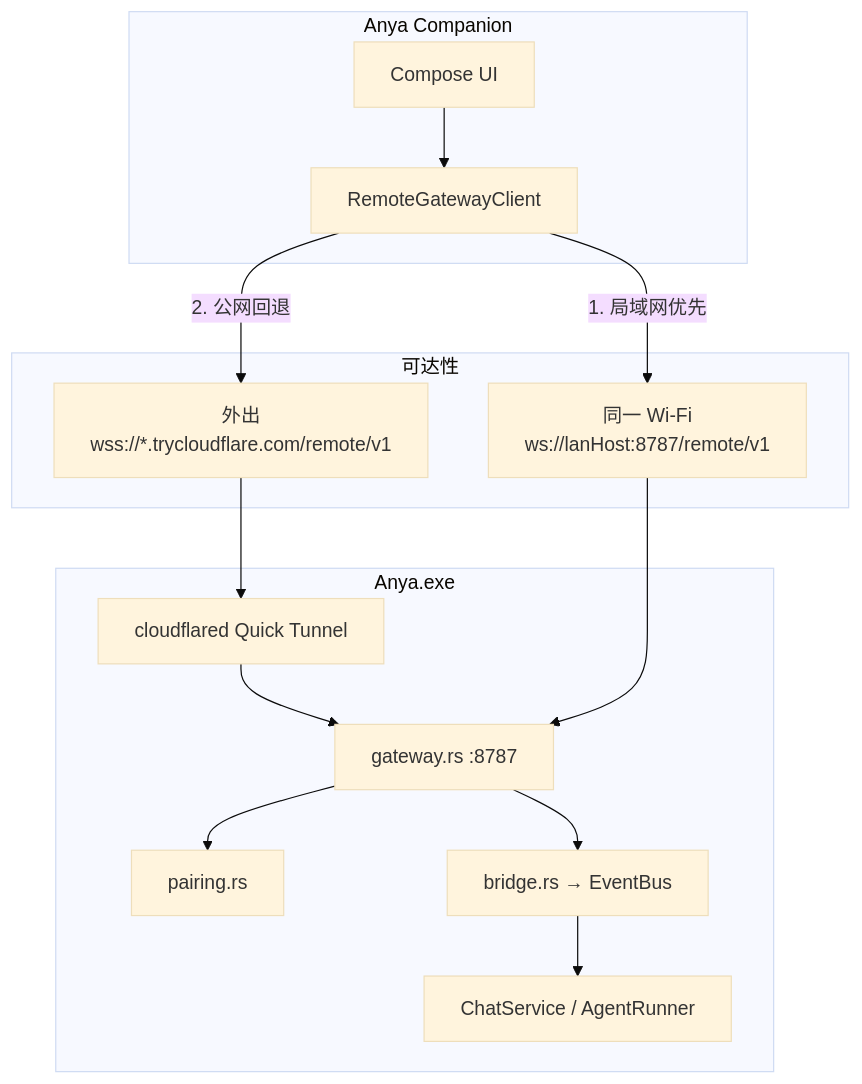
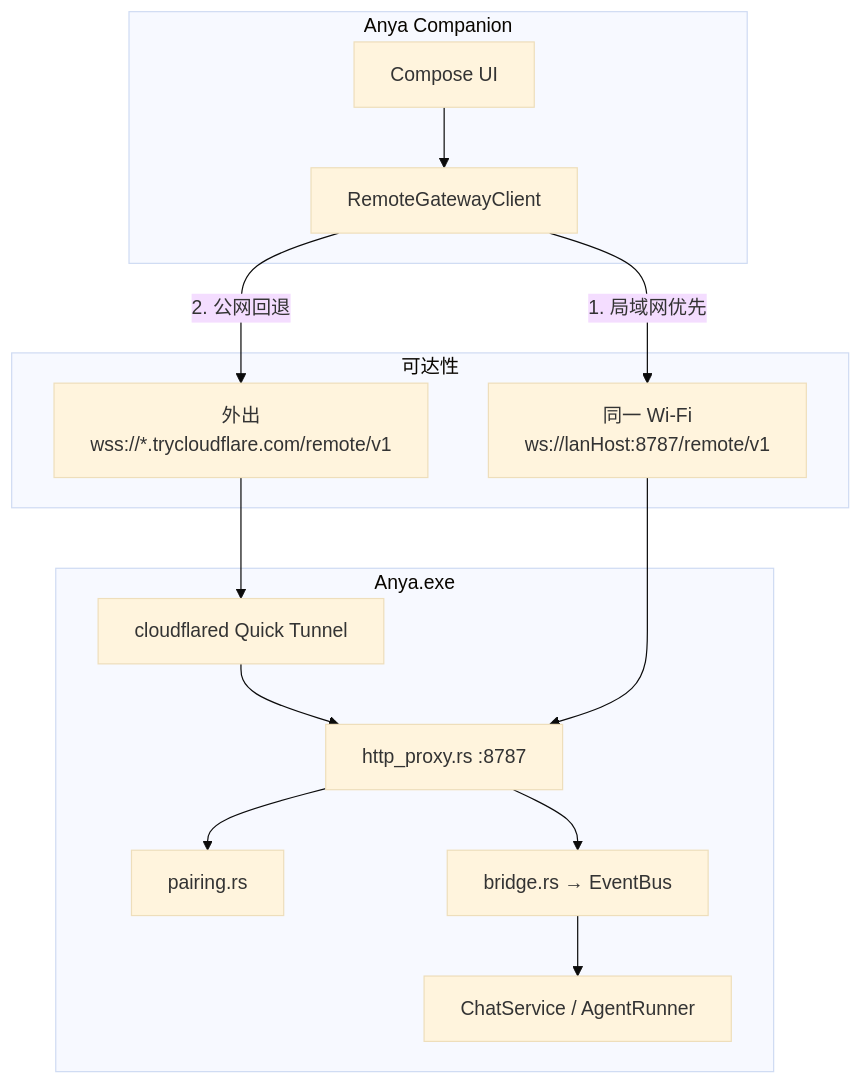
One commit to rururunu/Anya changed the fourth of 18 diagrams in docs/architecture-overview.zh-CN.md. Above: the diagram before and after it, drawn with Mermaid (base theme). The commit also changed other lines of this file and 86 other files, not shown here.

````diff
--- a/docs/architecture-overview.zh-CN.md
+++ b/docs/architecture-overview.zh-CN.md
@@ -189,28 +190,28 @@
 ```mermaid
 flowchart TB
   subgraph Phone["Anya Companion"]
     UI[Compose UI]
     Client[RemoteGatewayClient]
     UI --> Client
   end
 
   subgraph Path["可达性"]
     LAN["同一 Wi-Fi<br/>ws://lanHost:8787/remote/v1"]
     CF["外出<br/>wss://*.trycloudflare.com/remote/v1"]
   end
 
   subgraph Desktop["Anya.exe"]
-    GW[gateway.rs :8787]
+    GW[http_proxy.rs :8787]
     Tunnel[cloudflared Quick Tunnel]
     Pair[pairing.rs]
     Bridge[bridge.rs → EventBus]
     Chat[ChatService / AgentRunner]
     GW --> Pair
     GW --> Bridge
     Bridge --> Chat
     Tunnel --> GW
   end
 
   Client -->|"1. 局域网优先"| LAN --> GW
   Client -->|"2. 公网回退"| CF --> Tunnel
 ```
````
